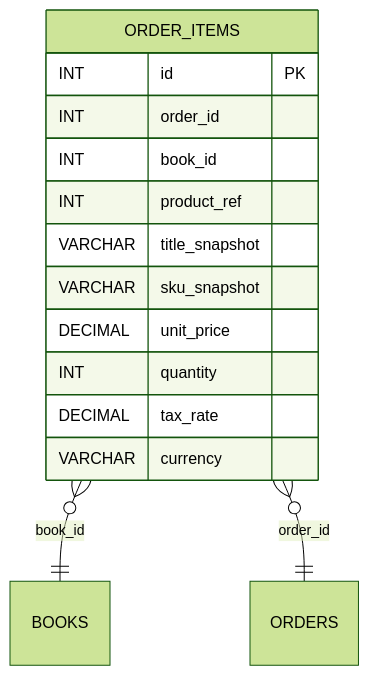
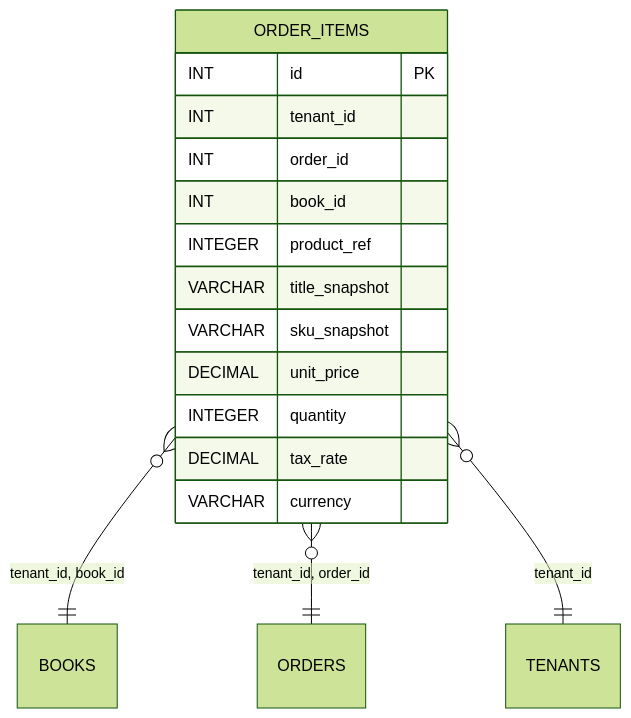
Before and after one commit to blackcatdatabase/table-order-items: the diagram in README.md, drawn with Mermaid (forest theme). The commit also changed other lines of this file and 26 other files, not shown here.

First line of the commit message:
Regen schema (#1)

````diff
--- a/README.md
+++ b/README.md
@@ -57,17 +62,19 @@
 ```mermaid
 erDiagram
   ORDER_ITEMS {
     INT id PK
+    INT tenant_id
     INT order_id
     INT book_id
-    INT product_ref
+    INTEGER product_ref
     VARCHAR title_snapshot
     VARCHAR sku_snapshot
     DECIMAL unit_price
-    INT quantity
+    INTEGER quantity
     DECIMAL tax_rate
     VARCHAR currency
   }
-  ORDER_ITEMS }o--|| BOOKS : "book_id"
-  ORDER_ITEMS }o--|| ORDERS : "order_id"
+  ORDER_ITEMS }o--|| BOOKS : "tenant_id, book_id"
+  ORDER_ITEMS }o--|| ORDERS : "tenant_id, order_id"
+  ORDER_ITEMS }o--|| TENANTS : "tenant_id"
 ```
````
